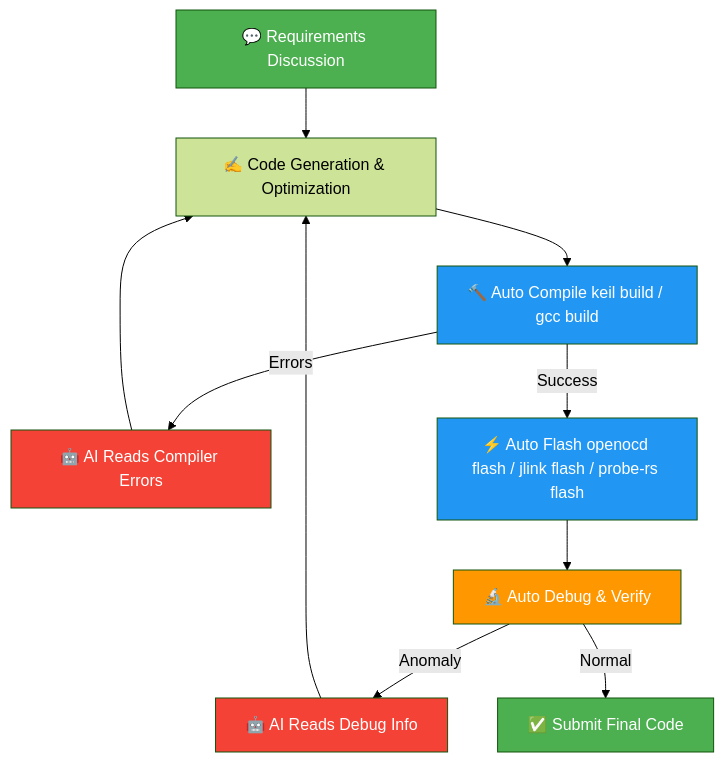
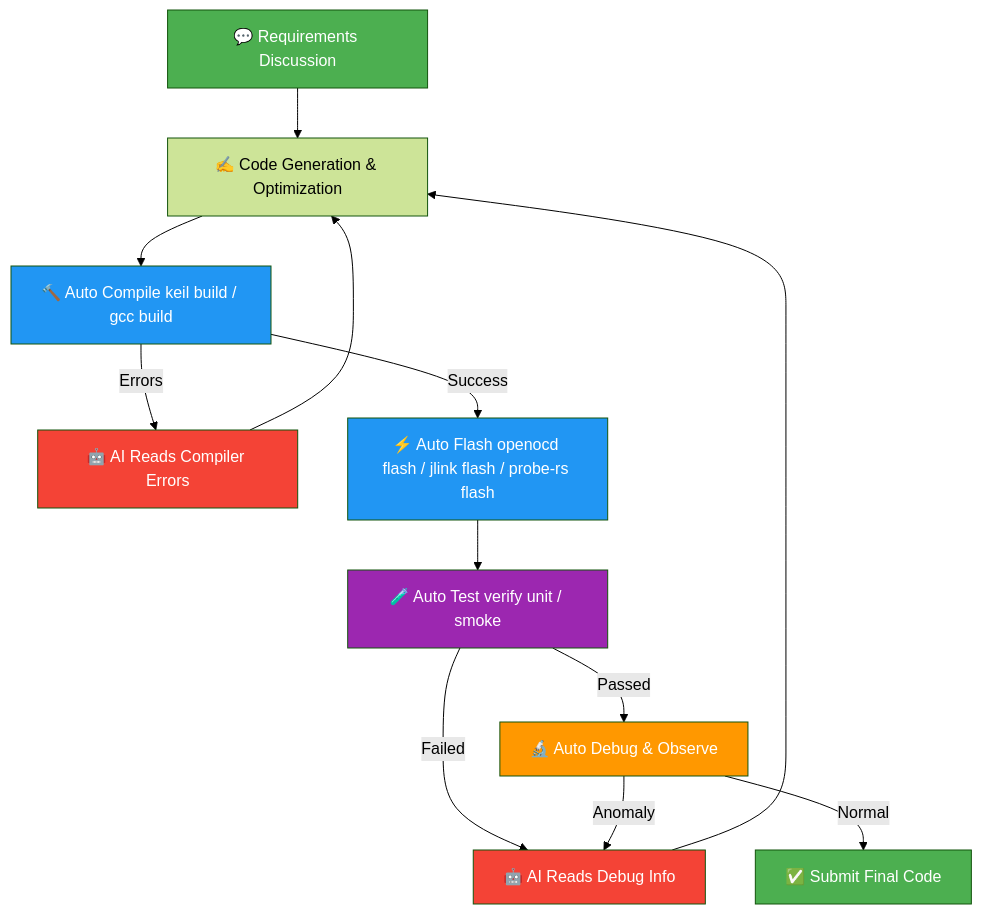
One commit to zhinkgit/embeddedskills changed the diagram in README.en.md. Above: the diagram before and after it, drawn with Mermaid (forest theme). The commit also changed other lines of this file and 17 other files, not shown here.

````diff
--- a/README.en.md
+++ b/README.en.md
@@ -34,20 +34,23 @@
 ```mermaid
 flowchart TD
     A["💬 Requirements Discussion"] --> B["✍️ Code Generation & Optimization"]
     B --> C["🔨 Auto Compile keil build / gcc build"]
     C -->|Errors| D["🤖 AI Reads Compiler Errors"]
     D --> B
     C -->|Success| E["⚡ Auto Flash openocd flash / jlink flash / probe-rs flash"]
-    E --> F["🔬 Auto Debug & Verify"]
-    F -->|Anomaly| G["🤖 AI Reads Debug Info"]
+    E --> V["🧪 Auto Test verify unit / smoke"]
+    V -->|Failed| G["🤖 AI Reads Debug Info"]
+    V -->|Passed| F["🔬 Auto Debug & Observe"]
+    F -->|Anomaly| G
     G --> B
     F -->|Normal| H["✅ Submit Final Code"]
 
     style A fill:#4CAF50,color:#fff
     style H fill:#4CAF50,color:#fff
     style C fill:#2196F3,color:#fff
     style E fill:#2196F3,color:#fff
+    style V fill:#9C27B0,color:#fff
     style F fill:#FF9800,color:#fff
     style D fill:#f44336,color:#fff
     style G fill:#f44336,color:#fff
 ```
````
